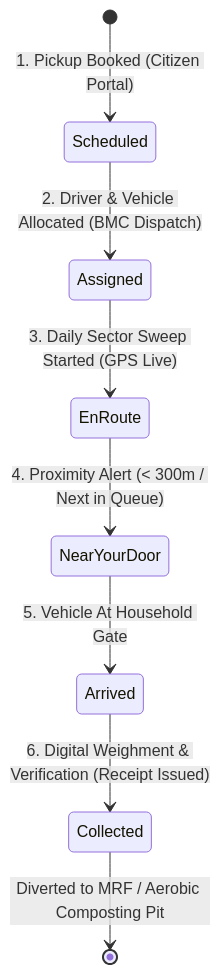
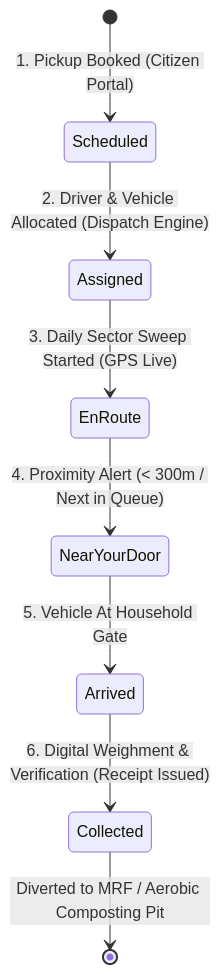
The first of 2 diagrams in README.md (ShivhareYashvi/EcoSync-Smart-Municipal-Waste-Management), drawn with Mermaid before and after one commit. The commit also changed other lines of this file and 31 other files, not shown here.

````diff
--- a/README.md
+++ b/README.md
@@ -43,10 +50,10 @@
 ```mermaid
 stateDiagram-v2
     [*] --> Scheduled: 1. Pickup Booked (Citizen Portal)
-    Scheduled --> Assigned: 2. Driver & Vehicle Allocated (BMC Dispatch)
+    Scheduled --> Assigned: 2. Driver & Vehicle Allocated (Dispatch Engine)
     Assigned --> EnRoute: 3. Daily Sector Sweep Started (GPS Live)
     EnRoute --> NearYourDoor: 4. Proximity Alert (< 300m / Next in Queue)
     NearYourDoor --> Arrived: 5. Vehicle At Household Gate
     Arrived --> Collected: 6. Digital Weighment & Verification (Receipt Issued)
     Collected --> [*]: Diverted to MRF / Aerobic Composting Pit
 ```
````
